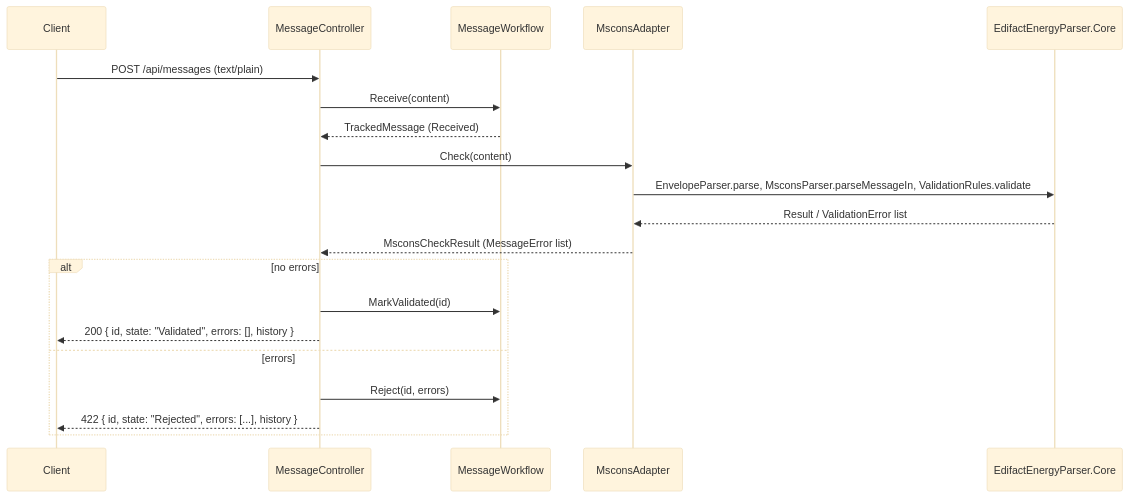
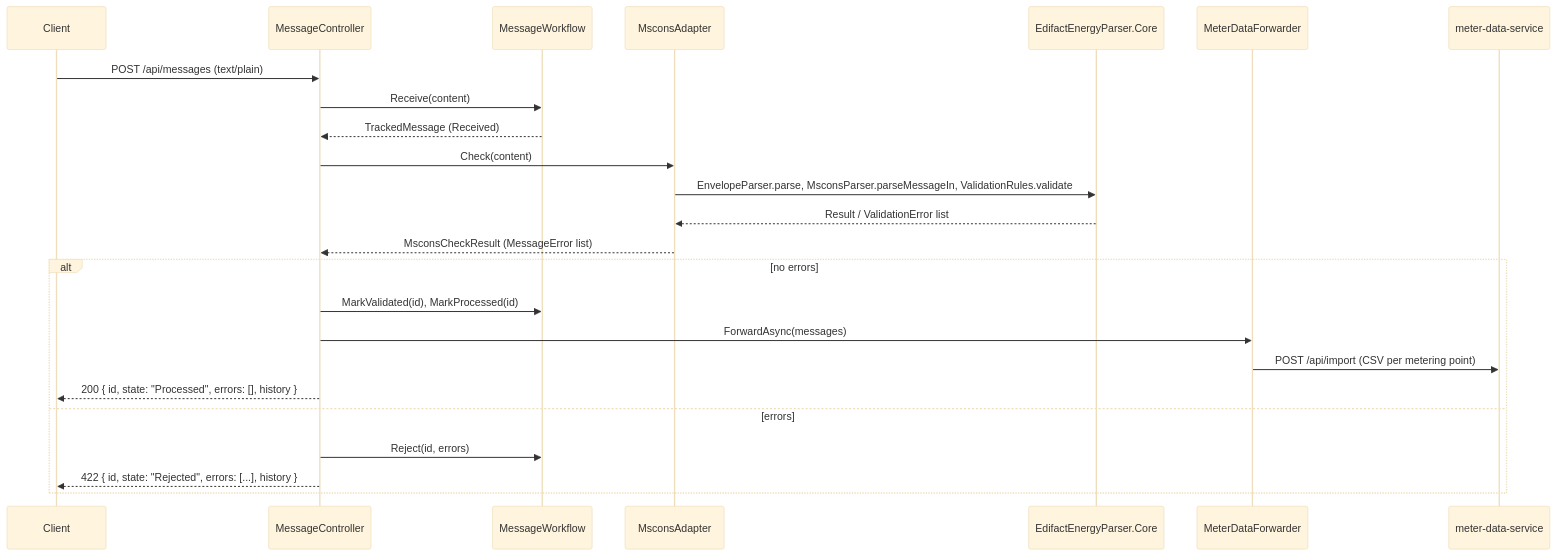
The third of 3 diagrams in README.md (hanan-raza/edifact-energy-parser), drawn with Mermaid (base theme) before and after one commit. The commit also changed other lines of this file and 16 other files, not shown here.

Commit message:
feat: forward processed MSCONS values to meter-data-service import

````diff
--- a/README.md
+++ b/README.md
@@ -137,22 +139,26 @@
 ```mermaid
 sequenceDiagram
     participant C as Client
     participant MC as MessageController
     participant W as MessageWorkflow
     participant A as MsconsAdapter
     participant F as EdifactEnergyParser.Core
+    participant FW as MeterDataForwarder
+    participant M as meter-data-service
     C->>MC: POST /api/messages (text/plain)
     MC->>W: Receive(content)
     W-->>MC: TrackedMessage (Received)
     MC->>A: Check(content)
     A->>F: EnvelopeParser.parse, MsconsParser.parseMessageIn, ValidationRules.validate
     F-->>A: Result / ValidationError list
     A-->>MC: MsconsCheckResult (MessageError list)
     alt no errors
-        MC->>W: MarkValidated(id)
-        MC-->>C: 200 { id, state: "Validated", errors: [], history }
+        MC->>W: MarkValidated(id), MarkProcessed(id)
+        MC->>FW: ForwardAsync(messages)
+        FW->>M: POST /api/import (CSV per metering point)
+        MC-->>C: 200 { id, state: "Processed", errors: [], history }
     else errors
         MC->>W: Reject(id, errors)
         MC-->>C: 422 { id, state: "Rejected", errors: [...], history }
     end
 ```
````
